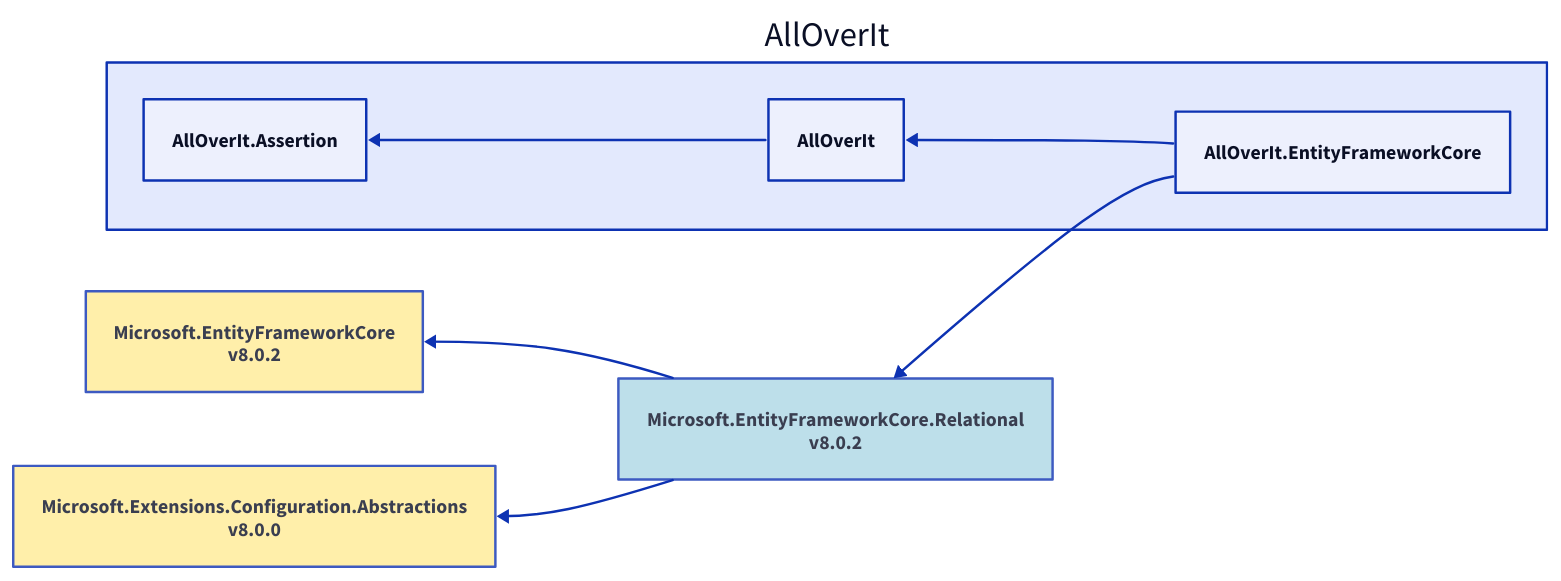
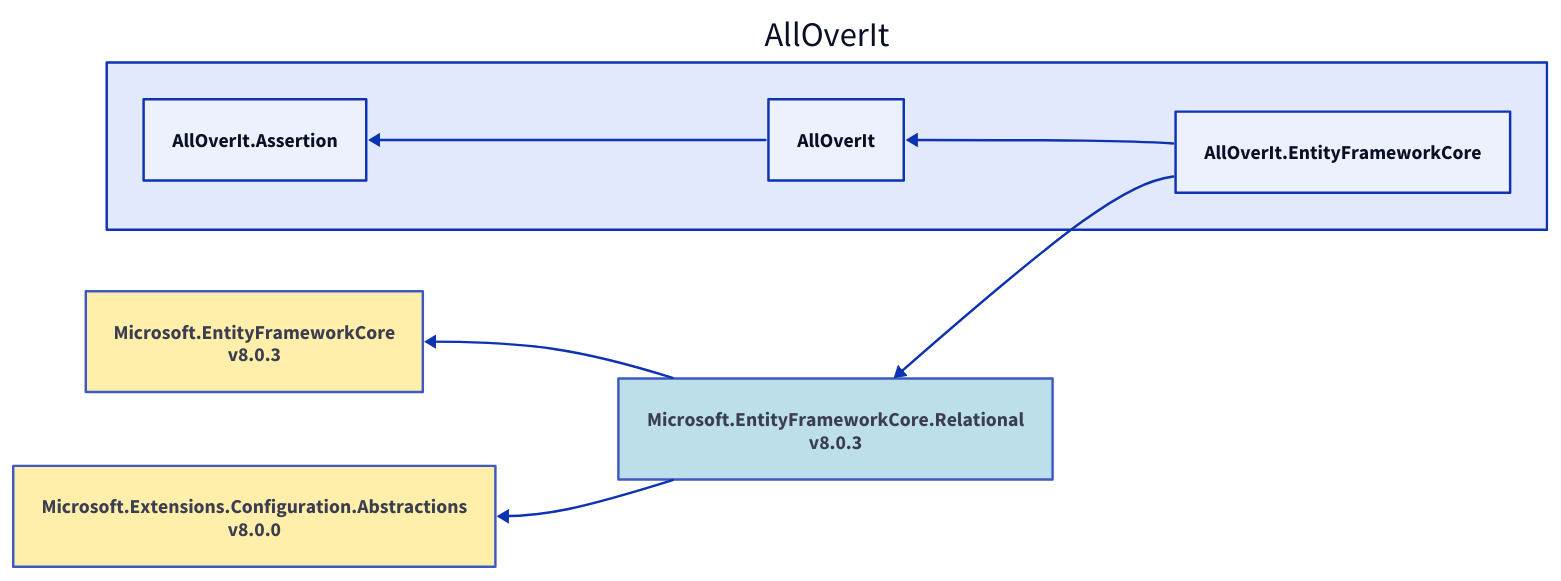
One commit to mjfreelancing/AllOverIt changed the diagram in Docs/Reference/Content/images/dependencies/net8.0/alloverit-entityframeworkcore.d2. Above: the diagram before and after it, drawn with D2. The commit also changed 72 other files, not shown here.

Commit message:
Diagram updates

```diff
--- a/Docs/Reference/Content/images/dependencies/net8.0/alloverit-entityframeworkcore.d2
+++ b/Docs/Reference/Content/images/dependencies/net8.0/alloverit-entityframeworkcore.d2
@@ -1,20 +1,20 @@
 direction: left
 
 aoi: AllOverIt
 aoi.alloverit-entityframeworkcore: AllOverIt.EntityFrameworkCore
-microsoft-entityframeworkcore-relational_8-0-2: Microsoft.EntityFrameworkCore.Relational\nv8.0.2
-microsoft-entityframeworkcore-relational_8-0-2.style.fill: "#ADD8E6"
-microsoft-entityframeworkcore-relational_8-0-2.style.opacity: 0.8
-microsoft-entityframeworkcore_8-0-2: Microsoft.EntityFrameworkCore\nv8.0.2
-microsoft-entityframeworkcore_8-0-2.style.fill: "#FFEC96"
-microsoft-entityframeworkcore_8-0-2.style.opacity: 0.8
-microsoft-entityframeworkcore_8-0-2 <- microsoft-entityframeworkcore-relational_8-0-2
+microsoft-entityframeworkcore-relational_8-0-3: Microsoft.EntityFrameworkCore.Relational\nv8.0.3
+microsoft-entityframeworkcore-relational_8-0-3.style.fill: "#ADD8E6"
+microsoft-entityframeworkcore-relational_8-0-3.style.opacity: 0.8
+microsoft-entityframeworkcore_8-0-3: Microsoft.EntityFrameworkCore\nv8.0.3
+microsoft-entityframeworkcore_8-0-3.style.fill: "#FFEC96"
+microsoft-entityframeworkcore_8-0-3.style.opacity: 0.8
+microsoft-entityframeworkcore_8-0-3 <- microsoft-entityframeworkcore-relational_8-0-3
 microsoft-extensions-configuration-abstractions_8-0-0: Microsoft.Extensions.Configuration.Abstractions\nv8.0.0
 microsoft-extensions-configuration-abstractions_8-0-0.style.fill: "#FFEC96"
 microsoft-extensions-configuration-abstractions_8-0-0.style.opacity: 0.8
-microsoft-extensions-configuration-abstractions_8-0-0 <- microsoft-entityframeworkcore-relational_8-0-2
-microsoft-entityframeworkcore-relational_8-0-2 <- aoi.alloverit-entityframeworkcore
+microsoft-extensions-configuration-abstractions_8-0-0 <- microsoft-entityframeworkcore-relational_8-0-3
+microsoft-entityframeworkcore-relational_8-0-3 <- aoi.alloverit-entityframeworkcore
 aoi.alloverit: AllOverIt
 aoi.alloverit-assertion: AllOverIt.Assertion
 aoi.alloverit-assertion <- aoi.alloverit
 aoi.alloverit <- aoi.alloverit-entityframeworkcore
```
